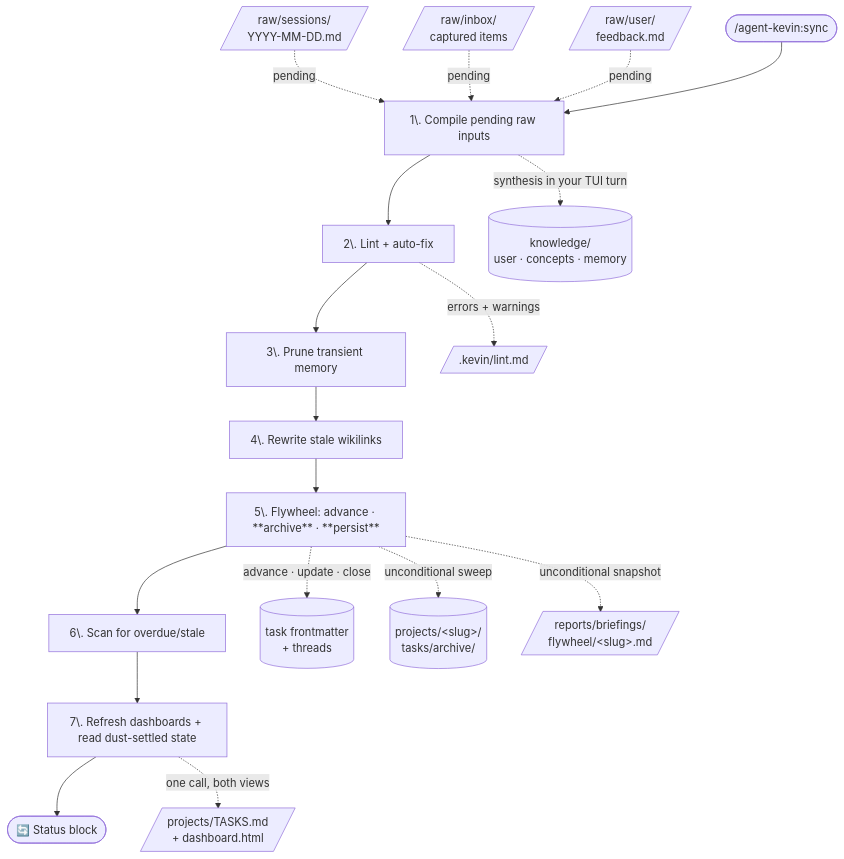
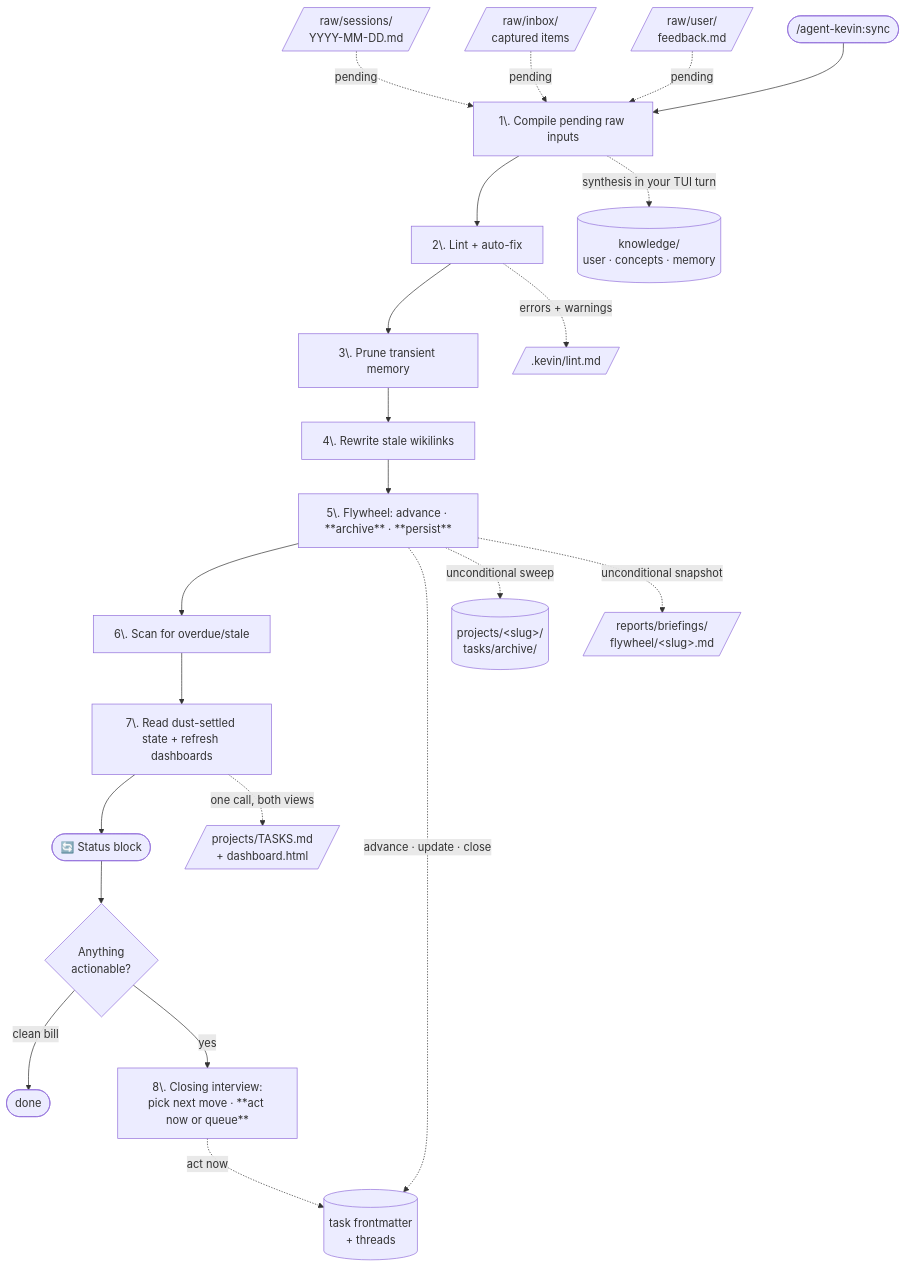
Before and after one commit to AgentLayer1/agent-kevin: the third of 6 diagrams in README.md, drawn with Mermaid. The commit also changed other lines of this file, not shown here.

````diff
--- a/README.md
+++ b/README.md
@@ -381,22 +381,26 @@
 ```mermaid
 flowchart TD
     SES[/raw/sessions/<br/>YYYY-MM-DD.md/] -.pending.-> C1
     INB[/raw/inbox/<br/>captured items/] -.pending.-> C1
     FB[/raw/user/<br/>feedback.md/] -.pending.-> C1
 
     START([/agent-kevin:sync]) --> C1[1\. Compile pending raw inputs]
     C1 --> C2[2\. Lint + auto-fix]
     C2 --> C3[3\. Prune transient memory]
     C3 --> C4[4\. Rewrite stale wikilinks]
     C4 --> C5[5\. Flywheel: advance · **archive** · **persist**]
     C5 --> C6[6\. Scan for overdue/stale]
-    C6 --> C7[7\. Refresh dashboards + read dust-settled state]
+    C6 --> C7[7\. Read dust-settled state + refresh dashboards]
     C7 --> OUT([🔄 Status block])
+    OUT --> GATE{Anything<br/>actionable?}
+    GATE -->|clean bill| DONE([done])
+    GATE -->|yes| ASK[8\. Closing interview:<br/>pick next move · **act now or queue**]
 
     C1 -.synthesis in your TUI turn.-> WIKI[(knowledge/<br/>user · concepts · memory)]
     C2 -.errors + warnings.-> LINT[/.kevin/lint.md/]
     C5 -.advance · update · close.-> TASKMUT[(task frontmatter<br/>+ threads)]
     C5 -.unconditional sweep.-> ARCHIVE[(projects/&lt;slug&gt;/<br/>tasks/archive/)]
     C5 -.unconditional snapshot.-> FLYREP[/reports/briefings/<br/>flywheel/&lt;slug&gt;.md/]
     C7 -.one call, both views.-> TASKS[/projects/TASKS.md<br/>+ dashboard.html/]
+    ASK -.act now.-> TASKMUT
 ```
````
